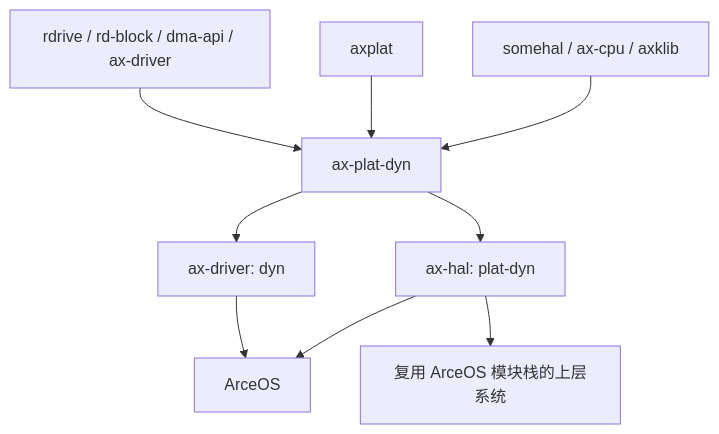
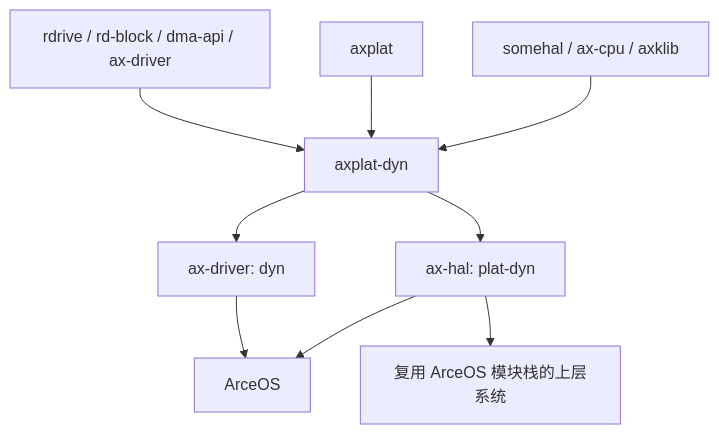
One commit to rcore-os/tgoskits changed the third of 3 diagrams in docs/docs/components/crates/axplat-dyn.md. Above: the diagram before and after it, drawn with Mermaid. The commit also changed other lines of this file and 38 other files, not shown here.

First line of the commit message:
refactor: restructure axplat-dyn platform module

````diff
--- a/docs/docs/components/crates/axplat-dyn.md
+++ b/docs/docs/components/crates/axplat-dyn.md
@@ -212,13 +212,13 @@
 ```mermaid
 graph TD
-    A[somehal / ax-cpu / axklib] --> B[ax-plat-dyn]
+    A[somehal / ax-cpu / axklib] --> B[axplat-dyn]
     C[axplat] --> B
     D[rdrive / rd-block / dma-api / ax-driver] --> B
 
     B --> E[ax-hal: plat-dyn]
     B --> F[ax-driver: dyn]
 
     E --> G[ArceOS]
     F --> G
     E --> H[复用 ArceOS 模块栈的上层系统]
 ```
````
